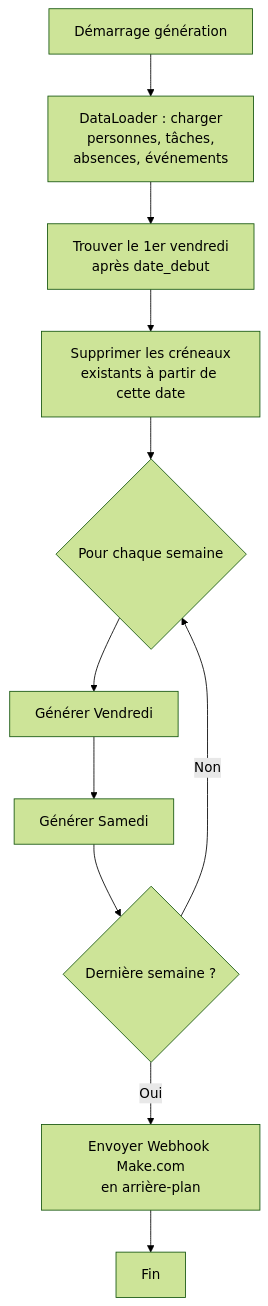
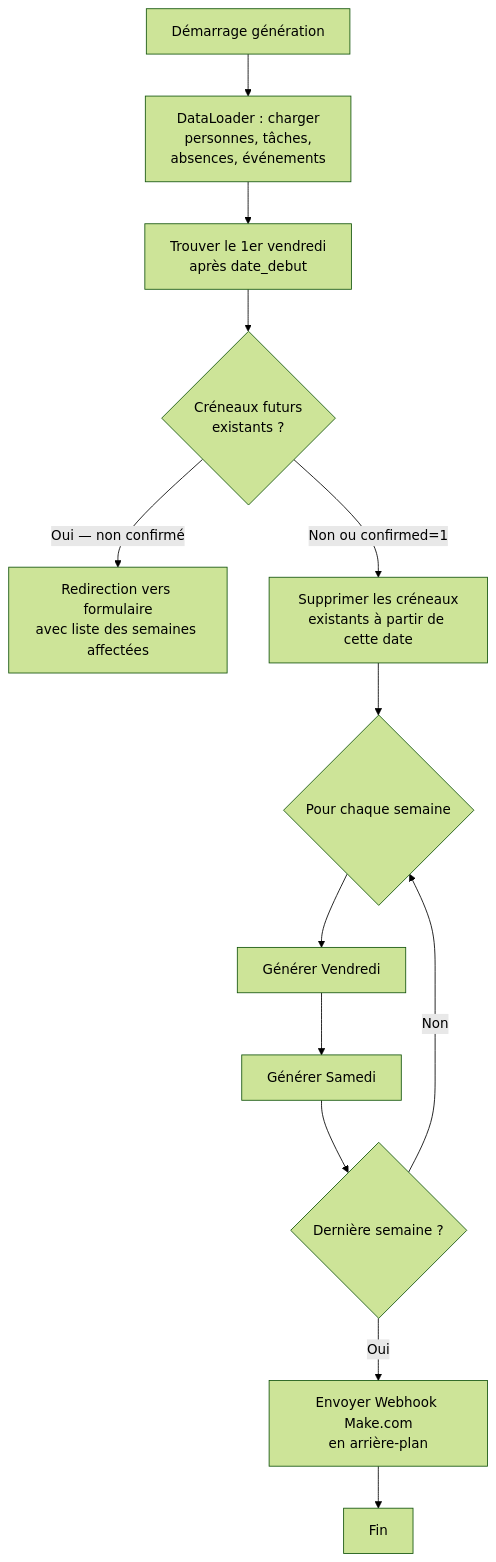
One commit to Djallel93/amana_web_planning changed the seventh of 10 diagrams in README.md. Above: the diagram before and after it, drawn with Mermaid (forest theme). The commit also changed other lines of this file and 10 other files, not shown here.

````diff
--- a/README.md
+++ b/README.md
@@ -325,13 +372,15 @@
 ```mermaid
 flowchart TD
     A[Démarrage génération] --> B[DataLoader : charger\npersonnes, tâches,\nabsences, événements]
     B --> C[Trouver le 1er vendredi\naprès date_debut]
-    C --> D[Supprimer les créneaux\nexistants à partir de cette date]
+    C --> C2{Créneaux futurs\nexistants ?}
+    C2 -->|Oui — non confirmé| C3[Redirection vers formulaire\navec liste des semaines affectées]
+    C2 -->|Non ou confirmed=1| D[Supprimer les créneaux\nexistants à partir de cette date]
     D --> E{Pour chaque semaine}
     E --> F[Générer Vendredi]
     F --> G[Générer Samedi]
     G --> H{Dernière semaine ?}
     H -->|Non| E
     H -->|Oui| I[Envoyer Webhook Make.com\nen arrière-plan]
     I --> J[Fin]
 ```
````
